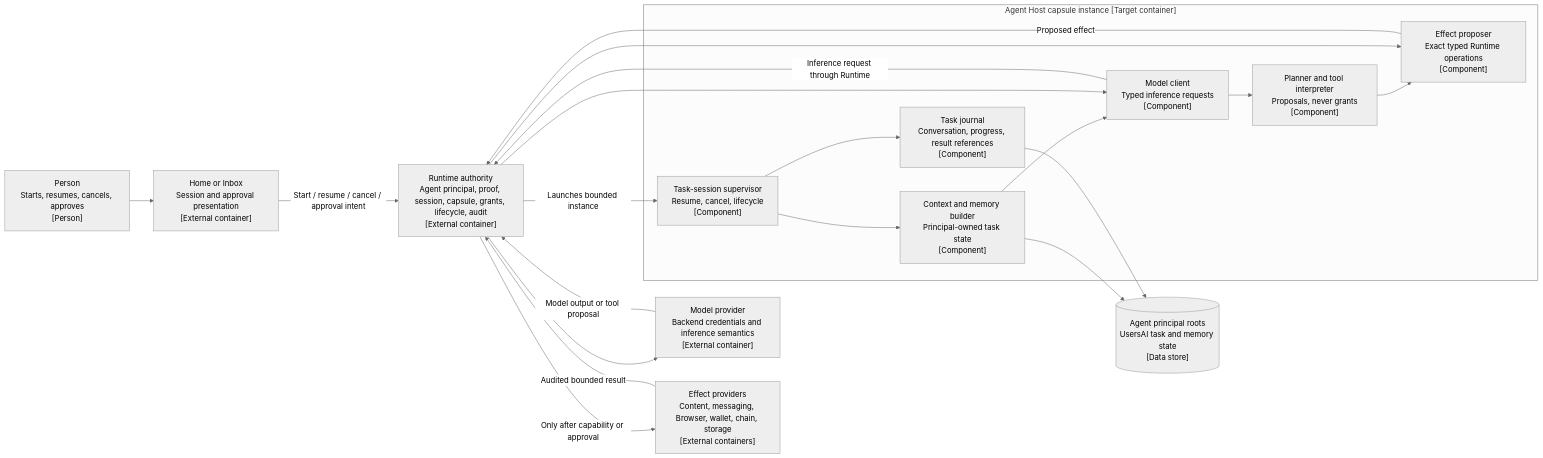
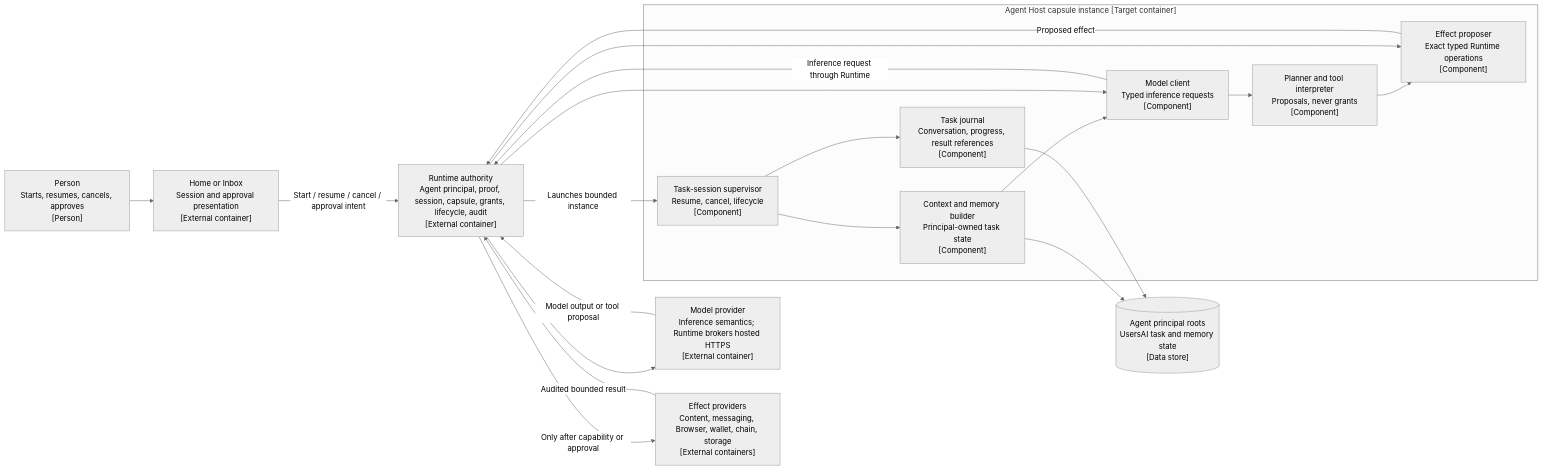
The sixth of 14 diagrams in docs/system-map/c4.md (Elacity/elastos-runtime), drawn with Mermaid (neutral theme) before and after one commit. The commit also changed other lines of this file and 13 other files, not shown here.

````diff
--- a/docs/system-map/c4.md
+++ b/docs/system-map/c4.md
@@ -290,38 +290,38 @@
 ```mermaid
 flowchart LR
   person["Person<br/>Starts, resumes, cancels, approves<br/>[Person]"]
   home["Home or Inbox<br/>Session and approval presentation<br/>[External container]"]
 
   subgraph agent["Agent Host capsule instance [Target container]"]
     session["Task-session supervisor<br/>Resume, cancel, lifecycle<br/>[Component]"]
     context["Context and memory builder<br/>Principal-owned task state<br/>[Component]"]
     modelclient["Model client<br/>Typed inference requests<br/>[Component]"]
     planner["Planner and tool interpreter<br/>Proposals, never grants<br/>[Component]"]
     proposer["Effect proposer<br/>Exact typed Runtime operations<br/>[Component]"]
     journal["Task journal<br/>Conversation, progress, result references<br/>[Component]"]
   end
 
   runtime["Runtime authority<br/>Agent principal, proof, session, capsule, grants, lifecycle, audit<br/>[External container]"]
-  model["Model provider<br/>Backend credentials and inference semantics<br/>[External container]"]
+  model["Model provider<br/>Inference semantics; Runtime brokers hosted HTTPS<br/>[External container]"]
   effects["Effect providers<br/>Content, messaging, Browser, wallet, chain, storage<br/>[External containers]"]
   roots[("Agent principal roots<br/>UsersAI task and memory state<br/>[Data store]")]
 
   person --> home
   home -->|"Start / resume / cancel / approval intent"| runtime
   runtime -->|"Launches bounded instance"| session
   session --> context
   context --> modelclient
   modelclient -->|"Inference request through Runtime"| runtime
   runtime --> model
   model -->|"Model output or tool proposal"| runtime
   runtime --> modelclient
   modelclient --> planner
   planner --> proposer
   proposer -->|"Proposed effect"| runtime
   runtime -->|"Only after capability or approval"| effects
   effects -->|"Audited bounded result"| runtime
   runtime --> proposer
   session --> journal
   context --> roots
   journal --> roots
 ```
````
